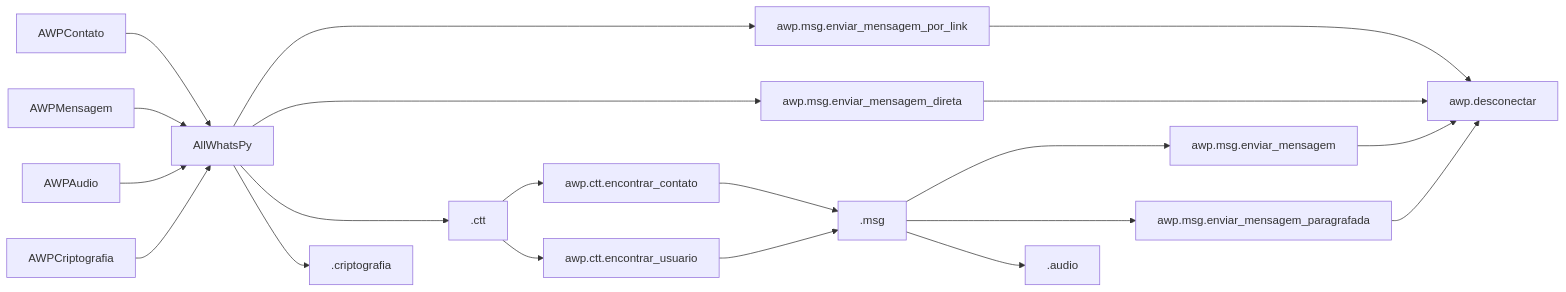
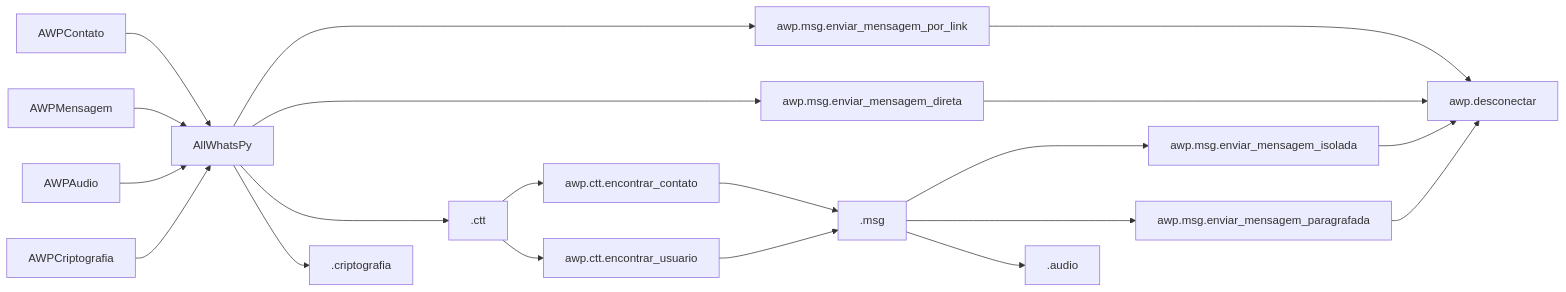
Before and after one commit to DevLucasLourenco/AllWhatsPy: the diagram in README.md, drawn with Mermaid. The commit also changed other lines of this file and 3 other files, not shown here.

````diff
--- a/README.md
+++ b/README.md
@@ -137,34 +137,34 @@
 ```mermaid
 flowchart LR
   AWPContato  --> AllWhatsPy
   AWPMensagem --> AllWhatsPy
   AWPAudio --> AllWhatsPy
   AWPCriptografia --> AllWhatsPy
 
   AllWhatsPy ----> awp.msg.enviar_mensagem_por_link 
   AllWhatsPy ----> awp.msg.enviar_mensagem_direta
 
   awp.msg.enviar_mensagem_por_link ----> awp.desconectar
   awp.msg.enviar_mensagem_direta ----> awp.desconectar
 
   AllWhatsPy ---> .ctt
   AllWhatsPy --> .criptografia 
   
   .ctt --> awp.ctt.encontrar_contato
   .ctt --> awp.ctt.encontrar_usuario
   
   awp.ctt.encontrar_contato --> .msg
   awp.ctt.encontrar_usuario --> .msg
 
 
-  .msg ---> awp.msg.enviar_mensagem
+  .msg ---> awp.msg.enviar_mensagem_isolada
   .msg ---> awp.msg.enviar_mensagem_paragrafada
 
   .msg --> .audio 
 
   awp.msg.enviar_mensagem_paragrafada --> awp.desconectar
-  awp.msg.enviar_mensagem --> awp.desconectar
+  awp.msg.enviar_mensagem_isolada --> awp.desconectar
 
 
        
 ```
````
